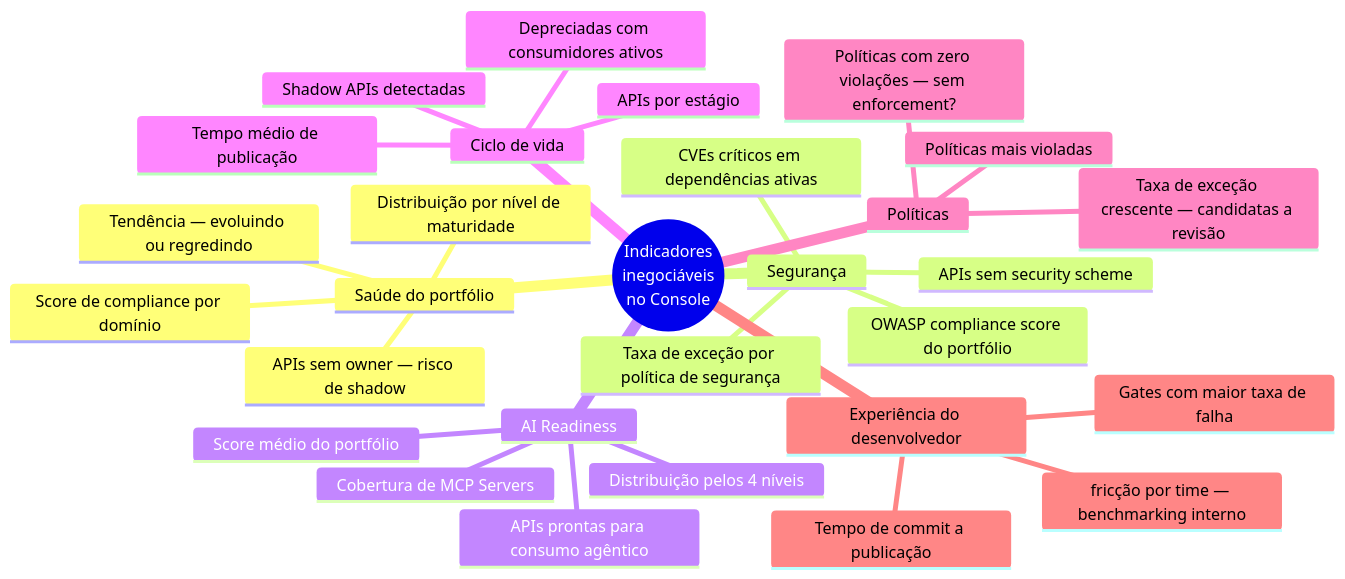
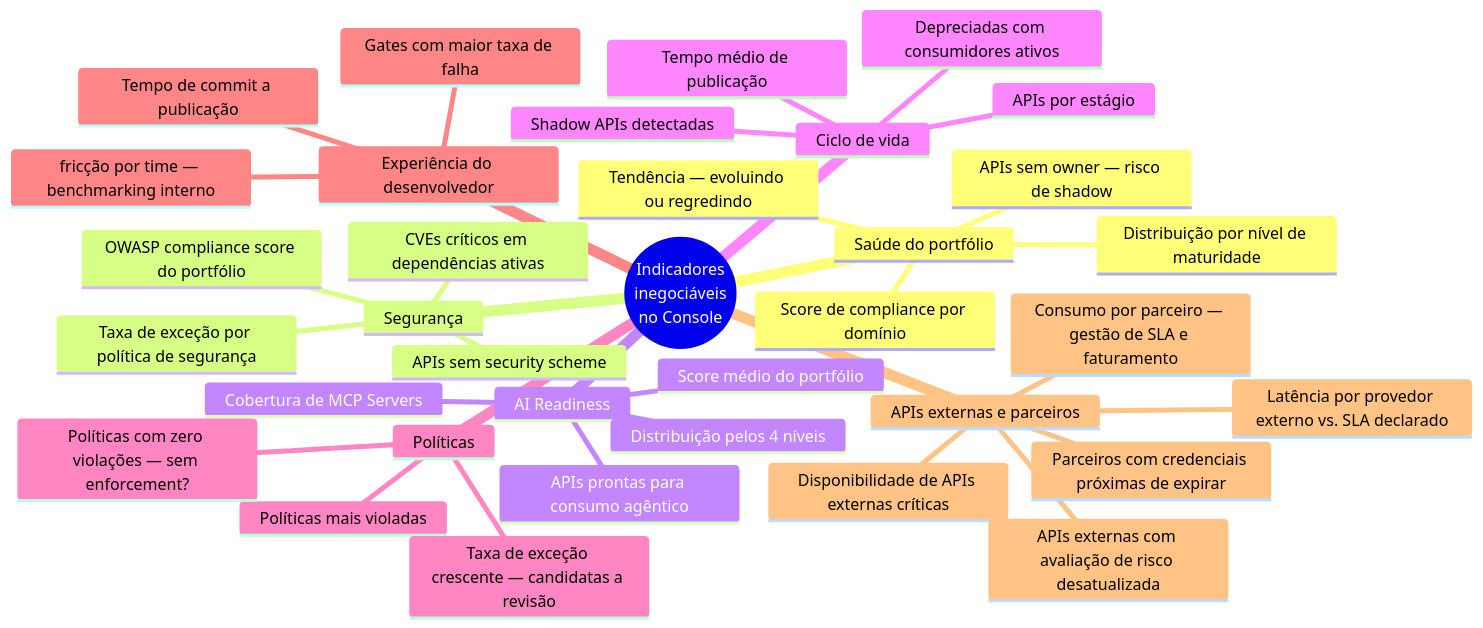
The eighth of 18 diagrams in docs/modulo-7-plataforma_infraestrutura/cap_7_2_arquitetura_referencia.md (fgmira/estudo-api-management), drawn with Mermaid before and after one commit. The commit also changed other lines of this file and 4 other files, not shown here.

````diff
--- a/docs/modulo-7-plataforma_infraestrutura/cap_7_2_arquitetura_referencia.md
+++ b/docs/modulo-7-plataforma_infraestrutura/cap_7_2_arquitetura_referencia.md
@@ -416,34 +417,40 @@
 ```mermaid
 mindmap
   root((Indicadores
   inegociáveis
   no Console))
     Saúde do portfólio
       Score de compliance por domínio
       Tendência — evoluindo ou regredindo
       Distribuição por nível de maturidade
       APIs sem owner — risco de shadow
     Segurança
       APIs sem security scheme
       CVEs críticos em dependências ativas
       Taxa de exceção por política de segurança
       OWASP compliance score do portfólio
     AI Readiness
       Score médio do portfólio
       Distribuição pelos 4 níveis
       APIs prontas para consumo agêntico
       Cobertura de MCP Servers
     Ciclo de vida
       APIs por estágio
       Depreciadas com consumidores ativos
       Shadow APIs detectadas
       Tempo médio de publicação
     Políticas
       Políticas mais violadas
       Taxa de exceção crescente — candidatas a revisão
       Políticas com zero violações — sem enforcement?
     Experiência do desenvolvedor
       Gates com maior taxa de falha
       fricção por time — benchmarking interno
       Tempo de commit a publicação
+    APIs externas e parceiros
+      Disponibilidade de APIs externas críticas
+      Latência por provedor externo vs. SLA declarado
+      Consumo por parceiro — gestão de SLA e faturamento
+      APIs externas com avaliação de risco desatualizada
+      Parceiros com credenciais próximas de expirar
 ```
````
